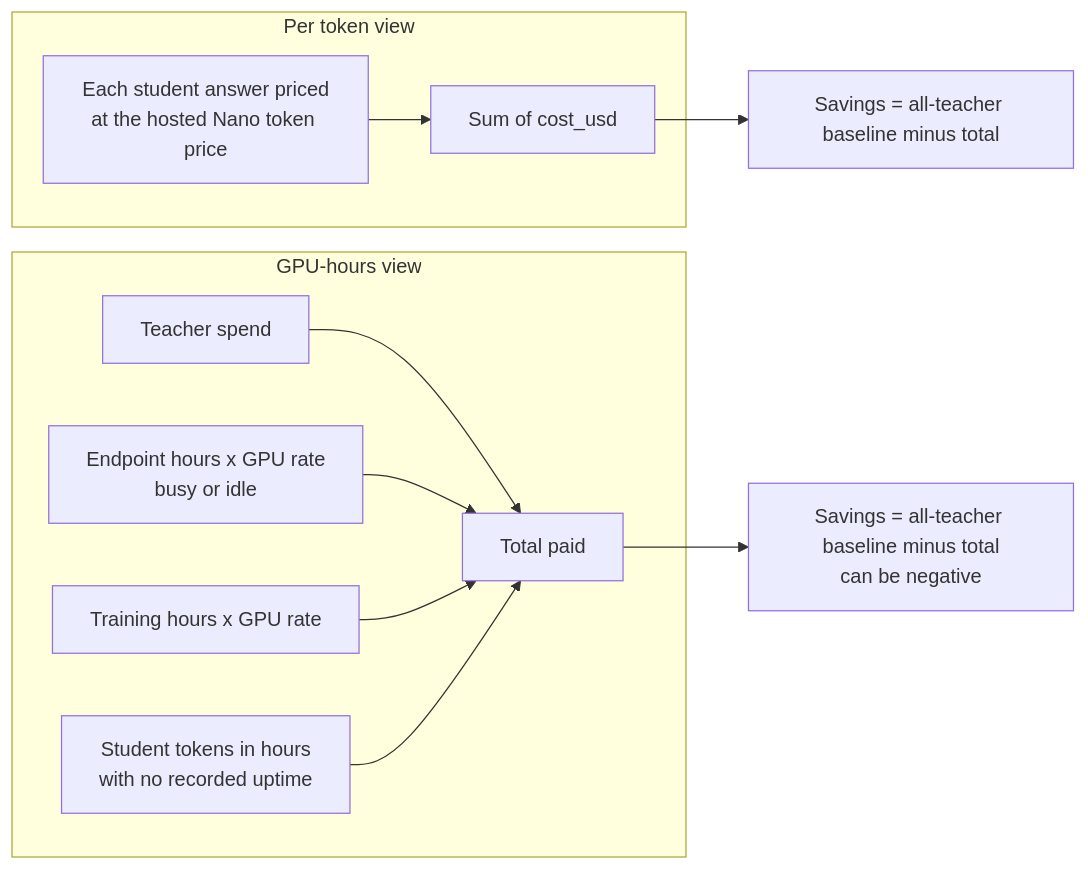
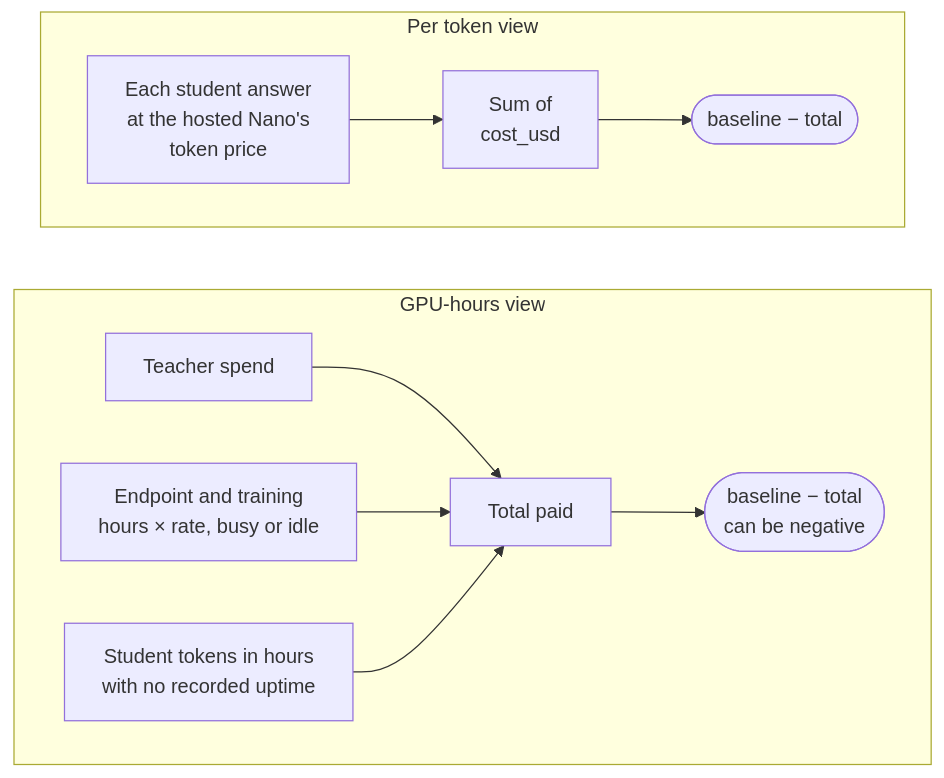
The second of 4 diagrams in docs-site/src/content/docs/guides/cost-and-savings.mdx (harshbhx/ratchet), drawn with Mermaid before and after one commit. The commit also changed other lines of this file and 25 other files, not shown here.

````diff
--- a/docs-site/src/content/docs/guides/cost-and-savings.mdx
+++ b/docs-site/src/content/docs/guides/cost-and-savings.mdx
@@ -67,14 +91,19 @@
 ```mermaid
-flowchart LR
+flowchart TB
   subgraph PT["Per token view"]
-    P1["Each student answer priced<br/>at the hosted Nano token price"] --> P2["Sum of cost_usd"]
+    direction LR
+    P1["Each student answer<br/>at the hosted Nano's<br/>token price"] --> P2["Sum of<br/>cost_usd"]
+    P2 --> SAV1(["baseline − total"])
   end
   subgraph GH["GPU-hours view"]
+    direction LR
     G1["Teacher spend"] --> G5["Total paid"]
-    G2["Endpoint hours x GPU rate<br/>busy or idle"] --> G5
-    G3["Training hours x GPU rate"] --> G5
+    G2["Endpoint and training<br/>hours × rate, busy or idle"] --> G5
     G4["Student tokens in hours<br/>with no recorded uptime"] --> G5
+    G5 --> SAV2(["baseline − total<br/>can be negative"])
   end
-  P2 --> SAV1["Savings = all-teacher baseline minus total"]
-  G5 --> SAV2["Savings = all-teacher baseline minus total<br/>can be negative"]
+  PT ~~~ GH
+
+  class G2 student
+  class G1 teacher
 ```
````
